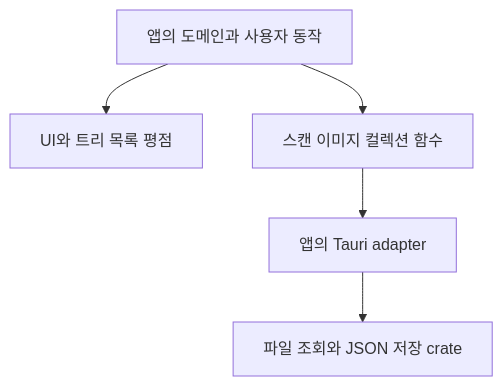
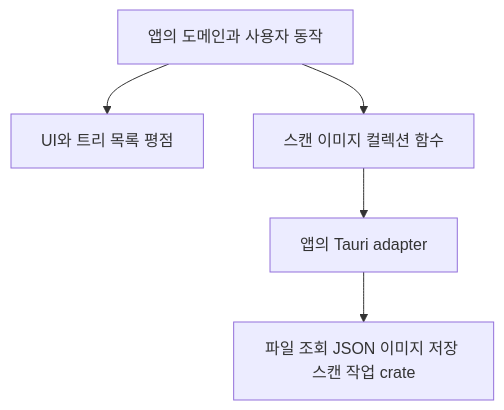
Before and after one commit to yoophi/explorer-kit: the first of 3 diagrams in docs/architecture.md, drawn with Mermaid. The commit also changed other lines of this file and 60 other files, not shown here.

````diff
--- a/docs/architecture.md
+++ b/docs/architecture.md
@@ -5,12 +5,12 @@
 ```mermaid
 flowchart TB
     App[앱의 도메인과 사용자 동작]
     UI[UI와 트리 목록 평점]
     Client[스캔 이미지 컬렉션 함수]
     IPC[앱의 Tauri adapter]
-    Rust[파일 조회와 JSON 저장 crate]
+    Rust[파일 조회 JSON 이미지 저장 스캔 작업 crate]
     App --> UI
     App --> Client
     Client --> IPC
     IPC --> Rust
 ```
````
